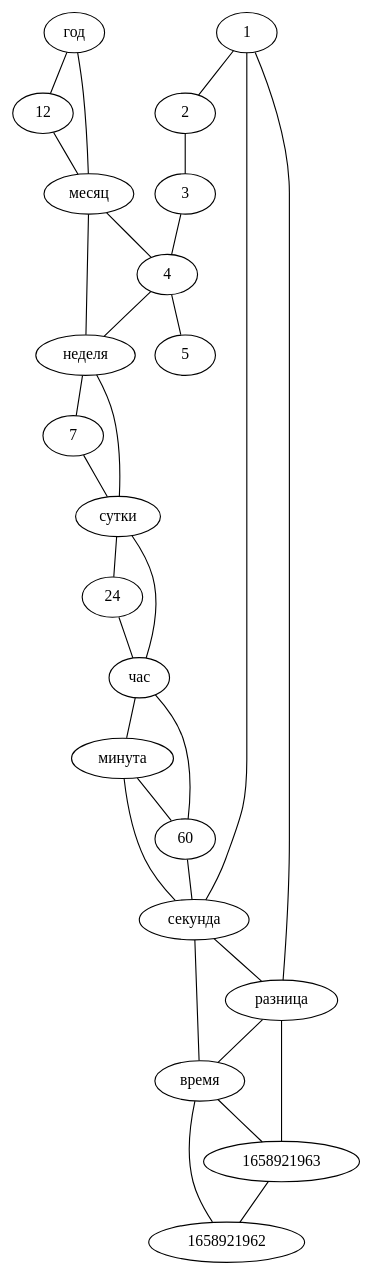
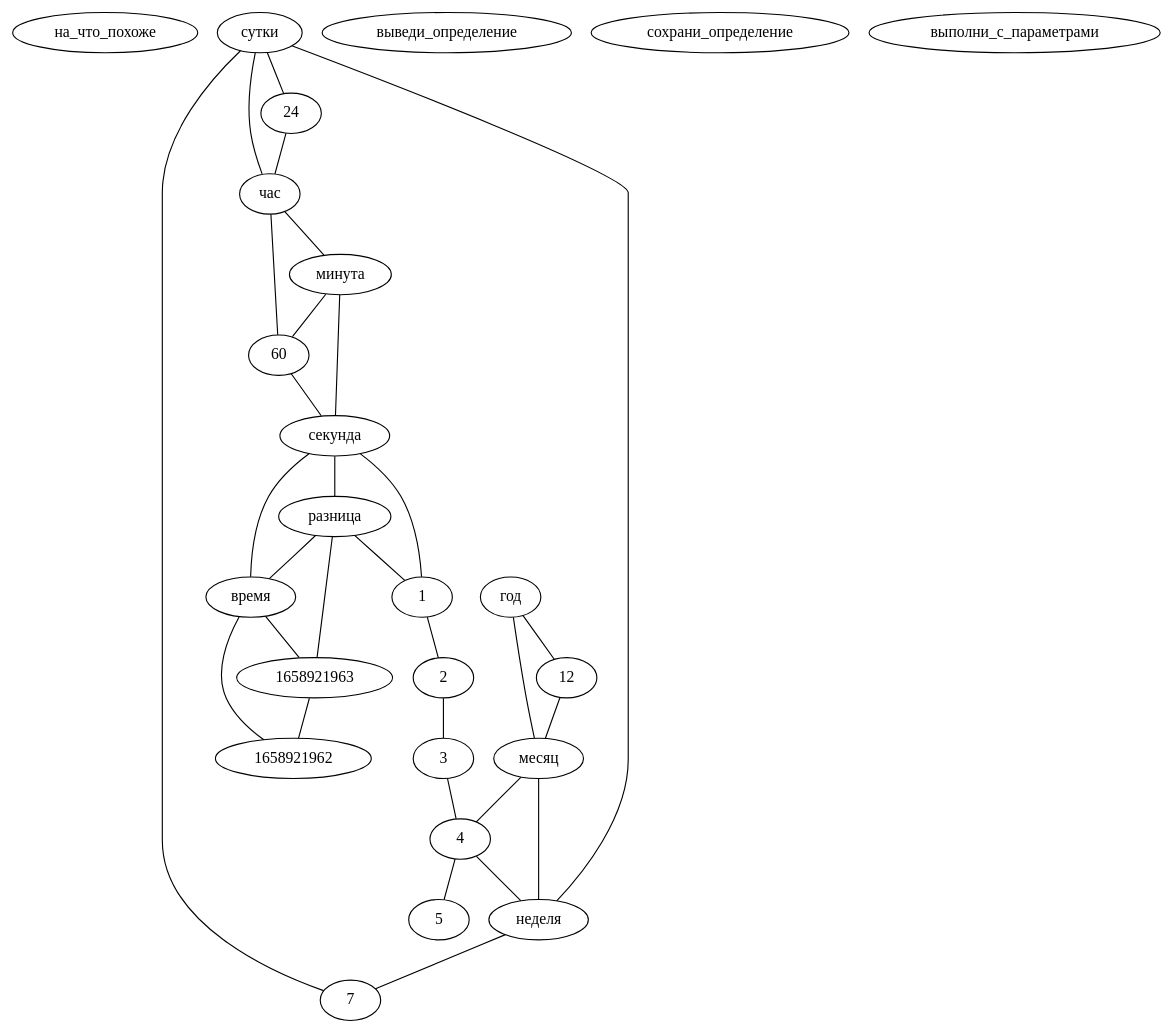
One commit to LeonovEvgenii/AGI changed the diagram in graphs/global_graph.dot. Above: the diagram before and after it, drawn with Graphviz. The commit also changed 6 other files, not shown here.

```diff
--- a/graphs/global_graph.dot
+++ b/graphs/global_graph.dot
@@ -1,32 +1,56 @@
 strict graph G {
+"на_что_похоже"
+"сутки"
+"час"
+"2"
+"12"
+"1658921963"
+"год"
+"разница"
+"1658921962"
+"время"
+"минута"
+"месяц"
+"неделя"
+"5"
+"7"
+"24"
+"выведи_определение"
+"1"
+"сохрани_определение"
+"выполни_с_параметрами"
+"3"
+"4"
+"60"
+"секунда"
 "1" -- "2"
-"2" -- "3"
-"3" -- "4"
-"4" -- "5"
 "время" -- "1658921962"
 "время" -- "1658921963"
 "разница" -- "1"
 "разница" -- "1658921963"
 "1658921963" -- "1658921962"
 "секунда" -- "1"
 "секунда" -- "разница"
 "секунда" -- "время"
 "разница" -- "время"
+"2" -- "3"
+"3" -- "4"
+"4" -- "5"
 "минута" -- "60"
 "минута" -- "секунда"
 "60" -- "секунда"
 "час" -- "60"
 "час" -- "минута"
 "сутки" -- "24"
 "сутки" -- "час"
 "24" -- "час"
 "неделя" -- "7"
 "неделя" -- "сутки"
 "7" -- "сутки"
 "месяц" -- "4"
 "месяц" -- "неделя"
 "4" -- "неделя"
 "год" -- "12"
 "год" -- "месяц"
 "12" -- "месяц"
 }
```
